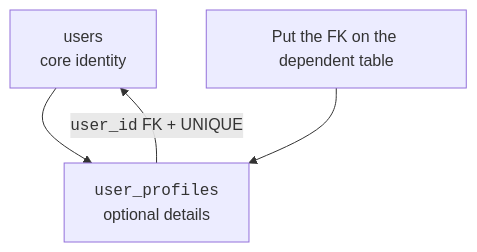
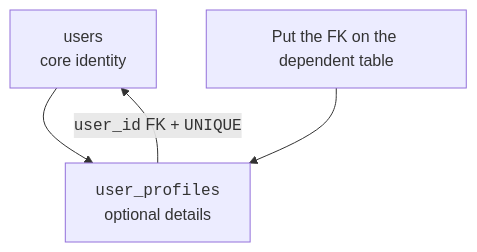
The fourth of 4 diagrams in content/courses/database-design-postgresql/one-to-one.mdx (dataslope/dataslope), drawn with Mermaid before and after one commit. The commit also changed 52 other files, not shown here.

First line of the commit message:
Set SQL keywords in mermaid labels as code, and 10 more breakdowns

````diff
--- a/content/courses/database-design-postgresql/one-to-one.mdx
+++ b/content/courses/database-design-postgresql/one-to-one.mdx
@@ -200,6 +200,6 @@
 ```mermaid
 flowchart TB
     User["users<br/>core identity"] --> Profile["<code>user_profiles</code><br/>optional details"]
-    Profile -->|"<code>user_id</code> FK + UNIQUE"| User
+    Profile -->|"<code>user_id</code> FK + <code>UNIQUE</code>"| User
     Choice["Put the FK on the dependent table"] --> Profile
 ```
````
